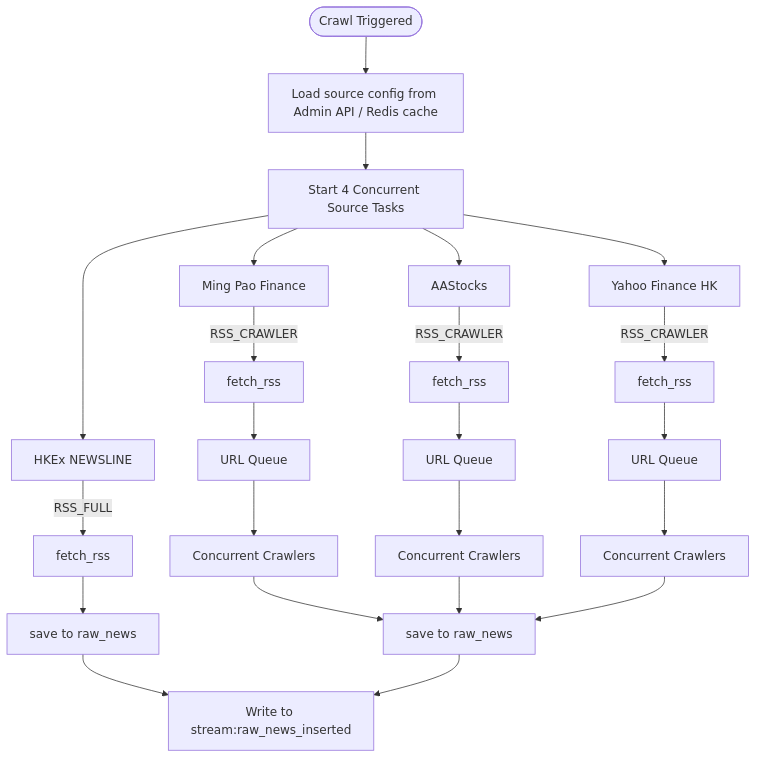
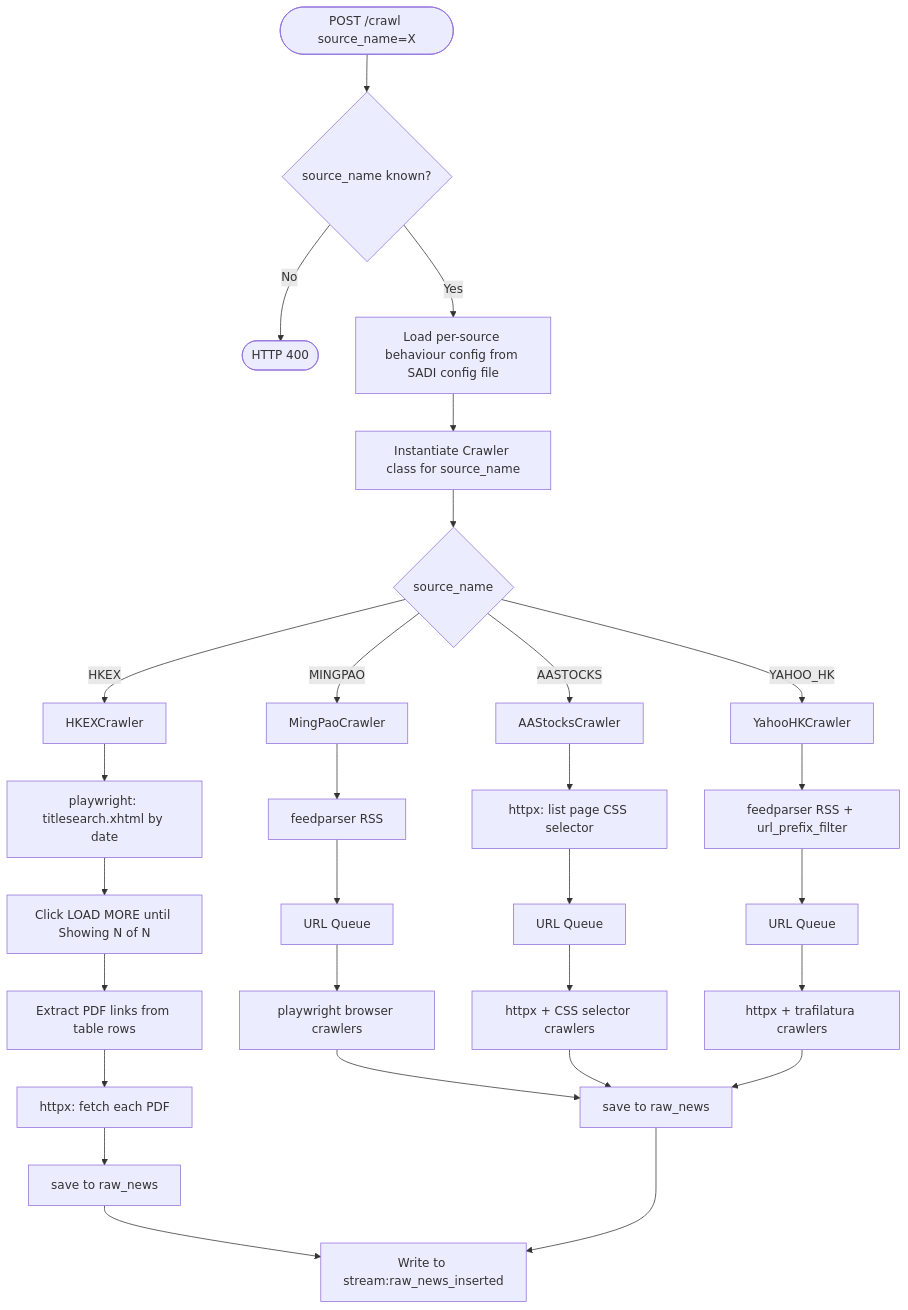
The first of 2 diagrams in stock-assistant-data-ingestion/docs/architecture/system-design.md (mars-xiaoyi/wealthfinder), drawn with Mermaid before and after one commit. The commit also changed other lines of this file and 12 other files, not shown here.

````diff
--- a/stock-assistant-data-ingestion/docs/architecture/system-design.md
+++ b/stock-assistant-data-ingestion/docs/architecture/system-design.md
@@ -118,32 +204,38 @@
 ```mermaid
 flowchart TD
-    A([Crawl Triggered]) --> B[Load source config from Admin API / Redis cache]
-    B --> C[Start 4 Concurrent Source Tasks]
+    A([POST /crawl source_name=X]) --> B{source_name known?}
+    B -->|No| E([HTTP 400])
+    B -->|Yes| C[Load per-source behaviour config from SADI config file]
+    C --> D[Instantiate Crawler class for source_name]
 
-    C --> S1[HKEx NEWSLINE]
-    C --> S2[Ming Pao Finance]
-    C --> S3[AAStocks]
-    C --> S4[Yahoo Finance HK]
+    D --> S1{source_name}
 
-    S1 -->|RSS_FULL| R1[fetch_rss]
-    R1 --> DB1[save to raw_news]
+    S1 -->|HKEX| TS1[HKEXCrawler]
+    S1 -->|MINGPAO| S2[MingPaoCrawler]
+    S1 -->|AASTOCKS| S3[AAStocksCrawler]
+    S1 -->|YAHOO_HK| S4[YahooHKCrawler]
 
-    S2 -->|RSS_CRAWLER| R2[fetch_rss]
-    S3 -->|RSS_CRAWLER| R3[fetch_rss]
-    S4 -->|RSS_CRAWLER| R4[fetch_rss]
+    TS1 --> LM1[playwright: titlesearch.xhtml by date]
+    LM1 --> LM2[Click LOAD MORE until Showing N of N]
+    LM2 --> P1[Extract PDF links from table rows]
+    P1 --> PF1[httpx: fetch each PDF]
+    PF1 --> DB1[save to raw_news]
 
+    S2 --> R2[feedparser RSS]
     R2 --> Q2[URL Queue]
-    R3 --> Q3[URL Queue]
+    Q2 --> B2[playwright browser crawlers]
+    B2 --> DB2[save to raw_news]
+
+    S3 --> L3[httpx: list page CSS selector]
+    L3 --> Q3[URL Queue]
+    Q3 --> C3[httpx + CSS selector crawlers]
+    C3 --> DB2
+
+    S4 --> R4[feedparser RSS + url_prefix_filter]
     R4 --> Q4[URL Queue]
-
-    Q2 --> C2[Concurrent Crawlers]
-    Q3 --> C3[Concurrent Crawlers]
-    Q4 --> C4[Concurrent Crawlers]
-
-    C2 --> DB2[save to raw_news]
-    C3 --> DB2
+    Q4 --> C4[httpx + trafilatura crawlers]
     C4 --> DB2
 
     DB1 --> N[Write to stream:raw_news_inserted]
     DB2 --> N
 ```
````
